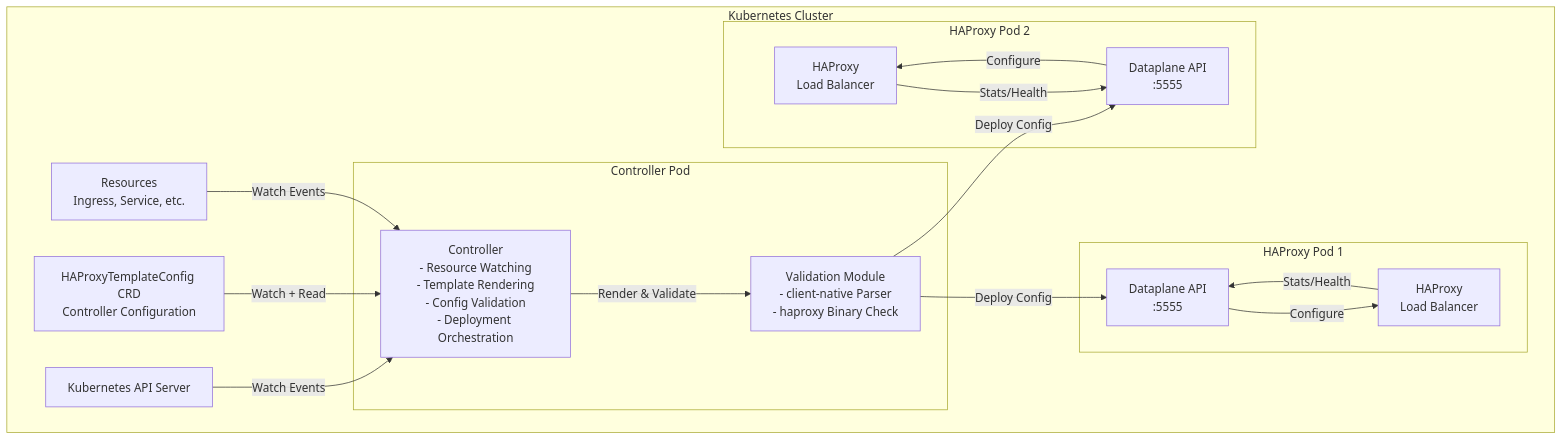
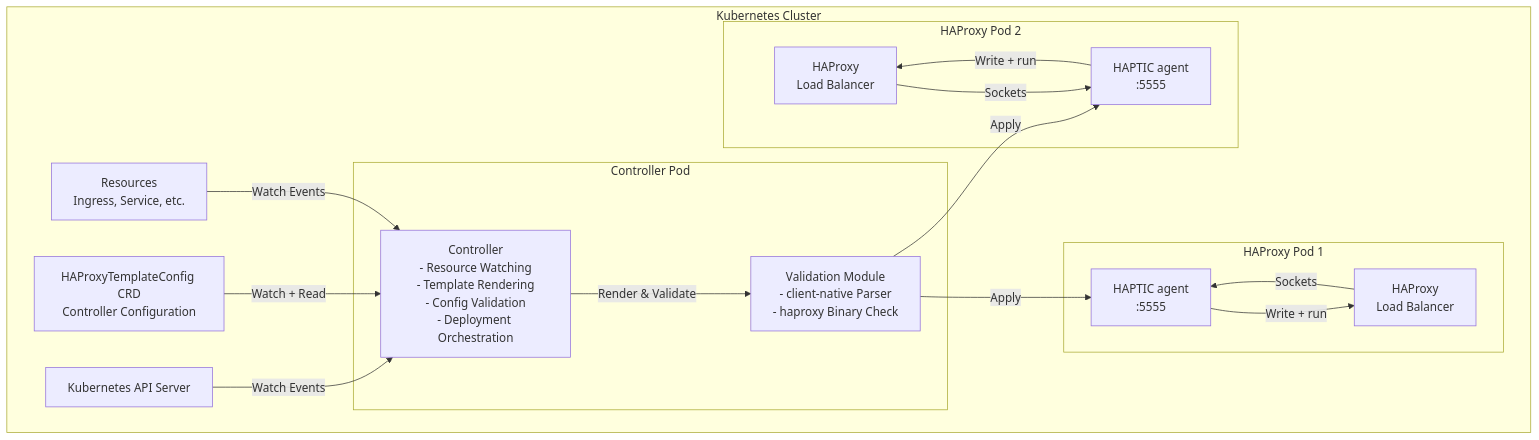
Before and after one commit to HAProxy-Template-IC/haproxy-template-ingress-controller: the first of 3 diagrams in docs/site/docs/development/design/architecture-overview.md, drawn with Mermaid. The commit also changed other lines of this file and 285 other files, not shown here.

Commit message:
Cut the controller and the chart over to the HAPTIC agent (MR 0.3a)

````diff
--- a/docs/site/docs/development/design/architecture-overview.md
+++ b/docs/site/docs/development/design/architecture-overview.md
@@ -29,36 +29,36 @@
 ```mermaid
 graph TB
     subgraph "Kubernetes Cluster"
         K8S[Kubernetes API Server]
 
         subgraph "Controller Pod"
             CTRL[Controller<br/>- Resource Watching<br/>- Template Rendering<br/>- Config Validation<br/>- Deployment Orchestration]
             VAL[Validation Module<br/>- client-native Parser<br/>- haproxy Binary Check]
         end
 
         subgraph "HAProxy Pod 1"
             HAP1[HAProxy<br/>Load Balancer]
-            DP1[Dataplane API<br/>:5555]
+            AG1[HAPTIC agent<br/>:5555]
         end
 
         subgraph "HAProxy Pod 2"
             HAP2[HAProxy<br/>Load Balancer]
-            DP2[Dataplane API<br/>:5555]
+            AG2[HAPTIC agent<br/>:5555]
         end
 
         CONFIG[HAProxyTemplateConfig CRD<br/>Controller Configuration]
         RES[Resources<br/>Ingress, Service, etc.]
     end
 
     K8S -->|Watch Events| CTRL
     CONFIG -->|Watch + Read| CTRL
     RES -->|Watch Events| CTRL
     CTRL -->|Render & Validate| VAL
-    VAL -->|Deploy Config| DP1
-    VAL -->|Deploy Config| DP2
-    DP1 -->|Configure| HAP1
-    DP2 -->|Configure| HAP2
-    HAP1 -->|Stats/Health| DP1
-    HAP2 -->|Stats/Health| DP2
+    VAL -->|Apply| AG1
+    VAL -->|Apply| AG2
+    AG1 -->|Write + run| HAP1
+    AG2 -->|Write + run| HAP2
+    HAP1 -->|Sockets| AG1
+    HAP2 -->|Sockets| AG2
 
 ```
````
